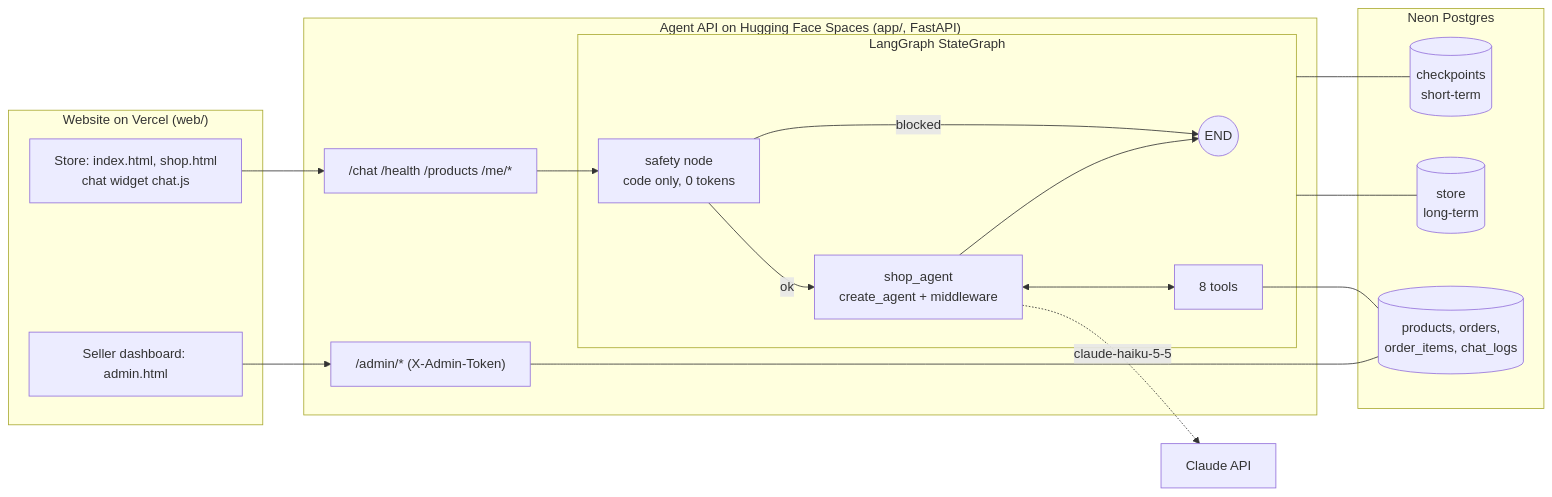
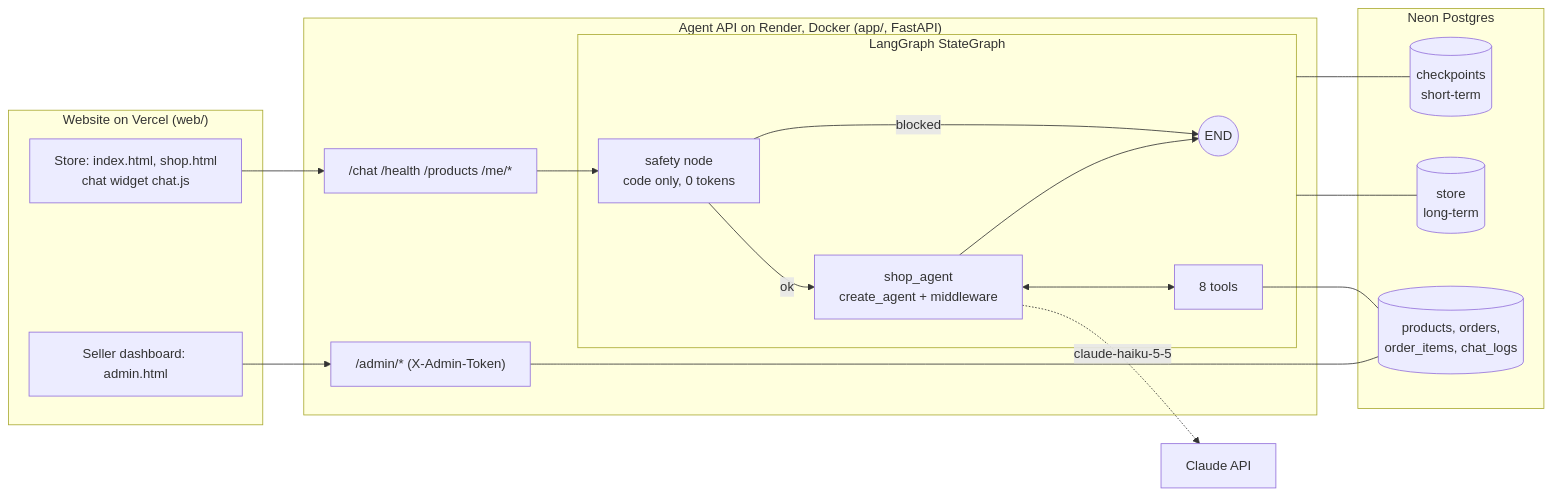
The diagram in README.md (ayshaj09/Shopbot), drawn with Mermaid before and after one commit. The commit also changed other lines of this file, not shown here.

````diff
--- a/README.md
+++ b/README.md
@@ -21,30 +21,30 @@
 ```mermaid
 flowchart LR
     subgraph Vercel["Website on Vercel (web/)"]
         S[Store: index.html, shop.html<br/>chat widget chat.js]
         A[Seller dashboard: admin.html]
     end
-    subgraph HF["Agent API on Hugging Face Spaces (app/, FastAPI)"]
+    subgraph HF["Agent API on Render, Docker (app/, FastAPI)"]
         API["/chat /health /products /me/*"]
         ADM["/admin/* (X-Admin-Token)"]
         subgraph G["LangGraph StateGraph"]
             SAFE[safety node<br/>code only, 0 tokens] -->|ok| AG[shop_agent<br/>create_agent + middleware]
             AG <--> T[8 tools]
             SAFE -->|blocked| E((END))
             AG --> E
         end
         API --> SAFE
     end
     subgraph Neon["Neon Postgres"]
         CP[(checkpoints<br/>short-term)]
         ST[(store<br/>long-term)]
         DB[(products, orders,<br/>order_items, chat_logs)]
     end
     S --> API
     A --> ADM
     G --- CP
     G --- ST
     T --- DB
     ADM --- DB
     AG -. claude-haiku-5-5 .-> C[Claude API]
 ```
````
